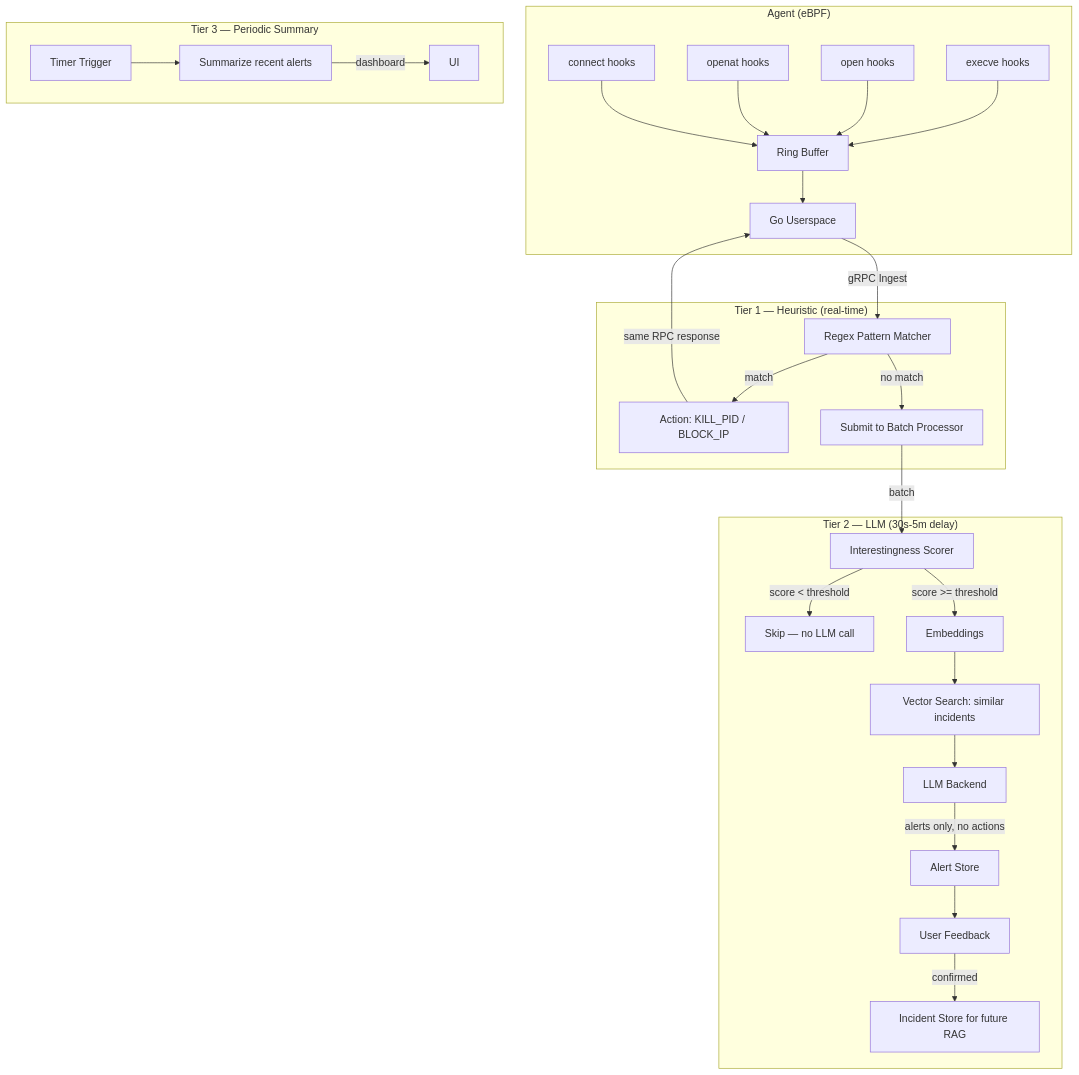
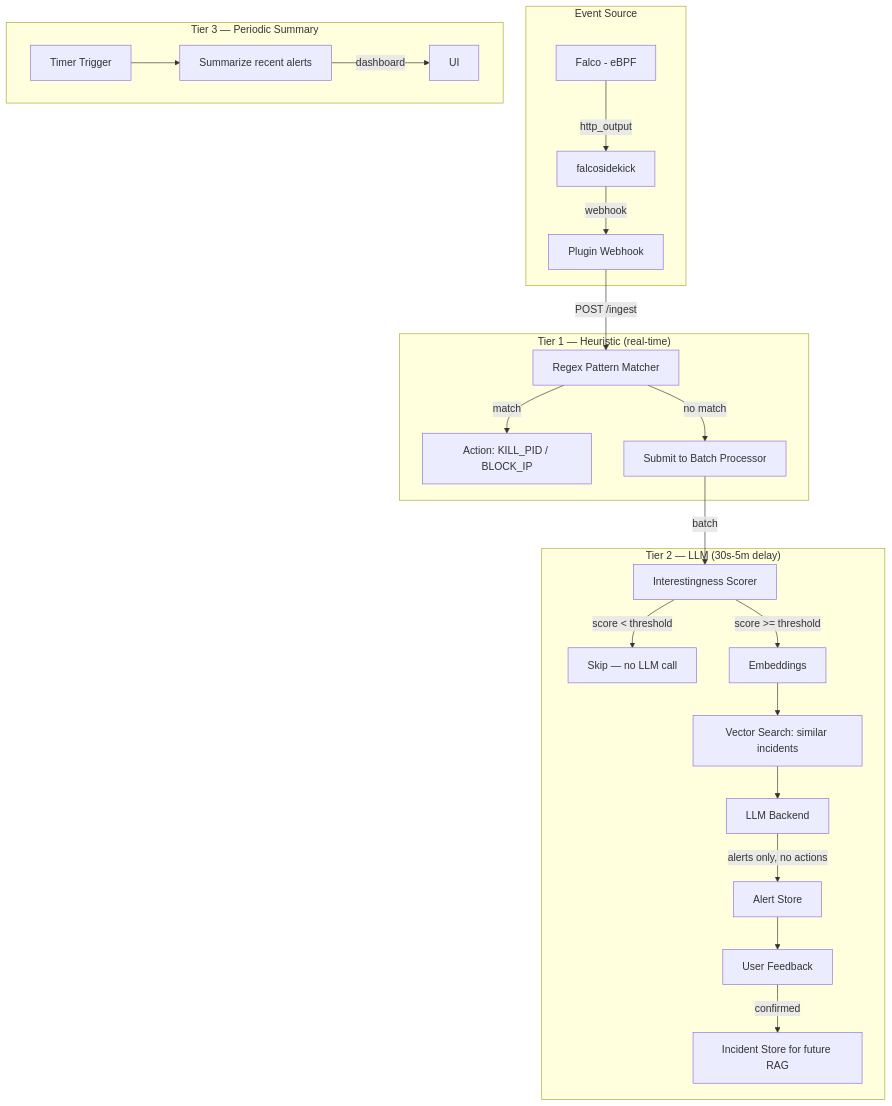
Before and after one commit to fr4nsyz/KernelHarbor: the first of 3 diagrams in README.md, drawn with Mermaid. The commit also changed other lines of this file and 28 other files, not shown here.

Commit message:
fix dashboard bugs + reduce friction to first time installation + integrate falco & falcosidekick with kernelharbor brain

````diff
--- a/README.md
+++ b/README.md
@@ -13,33 +18,29 @@
 ```mermaid
 graph TB
-    subgraph "Agent (eBPF)"
-        A1[execve hooks] --> RB[Ring Buffer]
-        A2[open hooks] --> RB
-        A3[openat hooks] --> RB
-        A4[connect hooks] --> RB
-        RB --> GP[Go Userspace]
+    subgraph "Event Source"
+        F1[Falco - eBPF] -->|http_output| FS[falcosidekick]
+        FS -->|webhook| PH[Plugin Webhook]
     end
 
     subgraph "Tier 1 — Heuristic (real-time)"
-        GP -->|gRPC Ingest| H1[Regex Pattern Matcher]
+        PH -->|POST /ingest| H1[Regex Pattern Matcher]
         H1 -->|match| H2[Action: KILL_PID / BLOCK_IP]
-        H2 -->|same RPC response| GP
         H1 -->|no match| H3[Submit to Batch Processor]
     end
 
     subgraph "Tier 2 — LLM (30s-5m delay)"
         H3 -->|batch| IS[Interestingness Scorer]
         IS -->|score < threshold| D1[Skip — no LLM call]
         IS -->|score >= threshold| EM[Embeddings]
         EM --> VS[Vector Search: similar incidents]
         VS --> LLM[LLM Backend]
         LLM -->|alerts only, no actions| AL[Alert Store]
         AL --> FB[User Feedback]
         FB -->|confirmed| RAG[Incident Store for future RAG]
     end
 
     subgraph "Tier 3 — Periodic Summary"
         TS[Timer Trigger] --> SUM[Summarize recent alerts]
         SUM -->|dashboard| UI
     end
 ```
````
